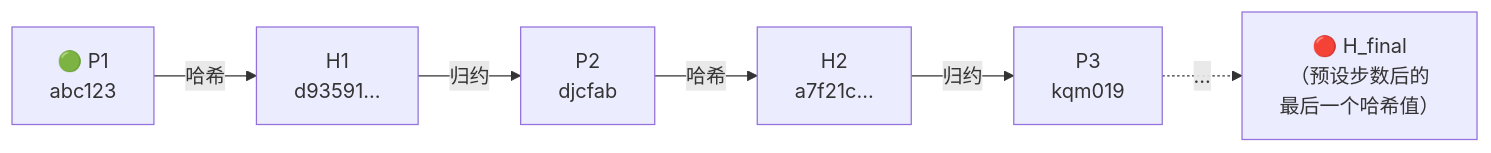
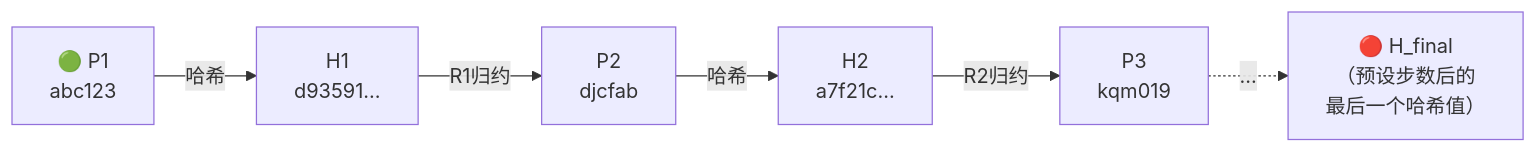
One commit to luohuidong/auth-tutorial changed the third of 6 diagrams in docs/password-security.md. Above: the diagram before and after it, drawn with Mermaid. The commit also changed other lines of this file and 5 other files, not shown here.

````diff
--- a/docs/password-security.md
+++ b/docs/password-security.md
@@ -217,8 +217,8 @@
 ```mermaid
 flowchart LR
     P1["🟢 P1<br/>abc123"] --哈希--> H1["H1<br/>d93591..."]
-    H1 --归约--> P2["P2<br/>djcfab"]
+    H1 --R1归约--> P2["P2<br/>djcfab"]
     P2 --哈希--> H2["H2<br/>a7f21c..."]
-    H2 --归约--> P3["P3<br/>kqm019"]
+    H2 --R2归约--> P3["P3<br/>kqm019"]
     P3 -.->|"..."| H_final["🔴 H_final<br/>（预设步数后的<br/>最后一个哈希值）"]
 ```
````
